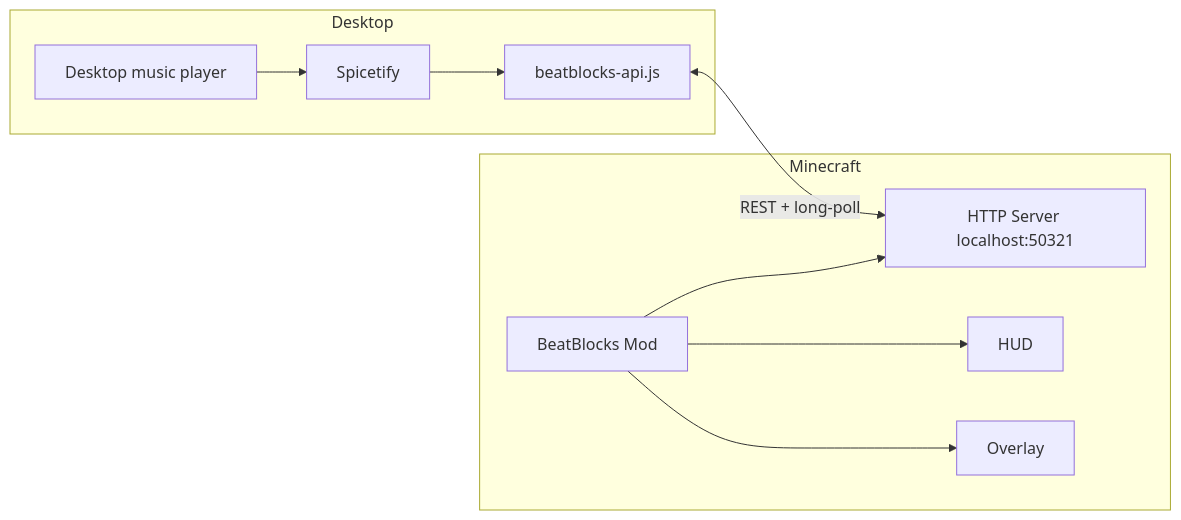
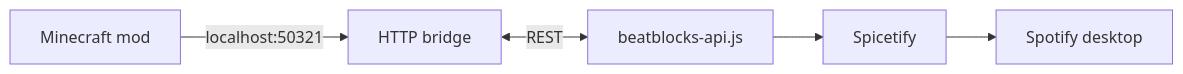
Before and after one commit to vyas-devgna/beatblocks-control: the diagram in README.md, drawn with Mermaid. The commit also changed other lines of this file and 5 other files, not shown here.

First line of the commit message:
docs: refresh BeatBlocks README, landing page, and contributor guide

````diff
--- a/README.md
+++ b/README.md
@@ -49,20 +157,7 @@
 ```mermaid
-graph LR
-    subgraph Minecraft
-        Mod[BeatBlocks Mod]
-        Server[HTTP Server localhost:50321]
-        HUD[HUD]
-        Overlay[Overlay]
-    end
-    subgraph Desktop
-        Player[Desktop music player]
-        Spicetify[Spicetify]
-        Ext[beatblocks-api.js]
-    end
-    Mod --> Server
-    Mod --> HUD
-    Mod --> Overlay
-    Player --> Spicetify
-    Spicetify --> Ext
-    Ext <-->|REST + long-poll| Server
+flowchart LR
+  MC[Minecraft mod] -->|localhost:50321| Bridge[HTTP bridge]
+  Bridge <-->|REST| Ext[beatblocks-api.js]
+  Ext --> Spicetify[Spicetify]
+  Spicetify --> Spotify[Spotify desktop]
 ```
````
